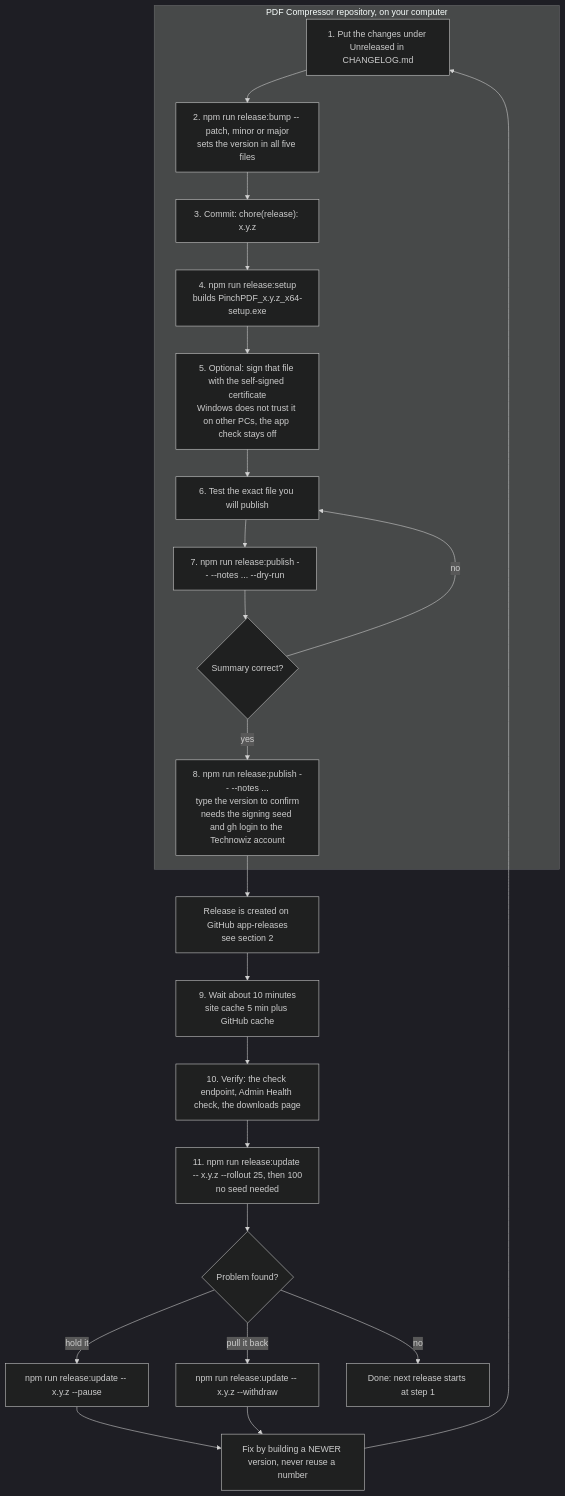
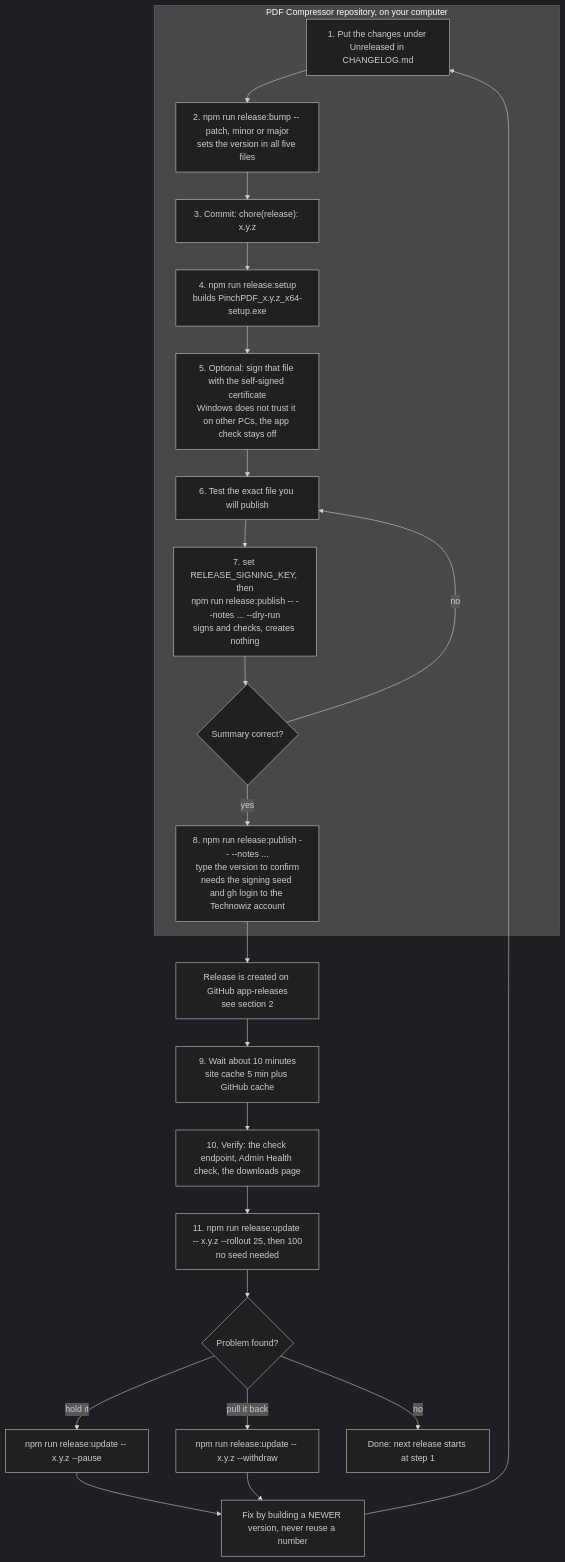
One commit to technowizsolutionsllp/TWS-Website changed the first of 6 diagrams in docs/UPDATE_FLOW.md. Above: the diagram before and after it, drawn with Mermaid (dark theme). The commit also changed other lines of this file, not shown here.

Commit message:
Document the exact signing and publish commands in the update flow

````diff
--- a/docs/UPDATE_FLOW.md
+++ b/docs/UPDATE_FLOW.md
@@ -13,25 +13,25 @@
 ```mermaid
 flowchart TD
     subgraph Repo["PDF Compressor repository, on your computer"]
       A["1. Put the changes under Unreleased in CHANGELOG.md"] --> B["2. npm run release:bump -- patch, minor or major<br/>sets the version in all five files"]
       B --> C["3. Commit: chore(release): x.y.z"]
       C --> D["4. npm run release:setup<br/>builds PinchPDF_x.y.z_x64-setup.exe"]
       D --> E["5. Optional: sign that file with the self-signed certificate<br/>Windows does not trust it on other PCs, the app check stays off"]
       E --> F["6. Test the exact file you will publish"]
-      F --> G["7. npm run release:publish -- --notes ... --dry-run"]
+      F --> G["7. set RELEASE_SIGNING_KEY, then<br/>npm run release:publish -- --notes ... --dry-run<br/>signs and checks, creates nothing"]
       G --> H{"Summary correct?"}
       H -- "no" --> F
       H -- "yes" --> I["8. npm run release:publish -- --notes ...<br/>type the version to confirm<br/>needs the signing seed and gh login to the Technowiz account"]
     end
     I --> J["Release is created on GitHub app-releases<br/>see section 2"]
     J --> K["9. Wait about 10 minutes<br/>site cache 5 min plus GitHub cache"]
     K --> L["10. Verify: the check endpoint, Admin Health check, the downloads page"]
     L --> M["11. npm run release:update -- x.y.z --rollout 25, then 100<br/>no seed needed"]
     M --> N{"Problem found?"}
     N -- "hold it" --> O["npm run release:update -- x.y.z --pause"]
     N -- "pull it back" --> P["npm run release:update -- x.y.z --withdraw"]
     N -- "no" --> R["Done: next release starts at step 1"]
     O --> Q["Fix by building a NEWER version, never reuse a number"]
     P --> Q
     Q --> A
 ```
````
